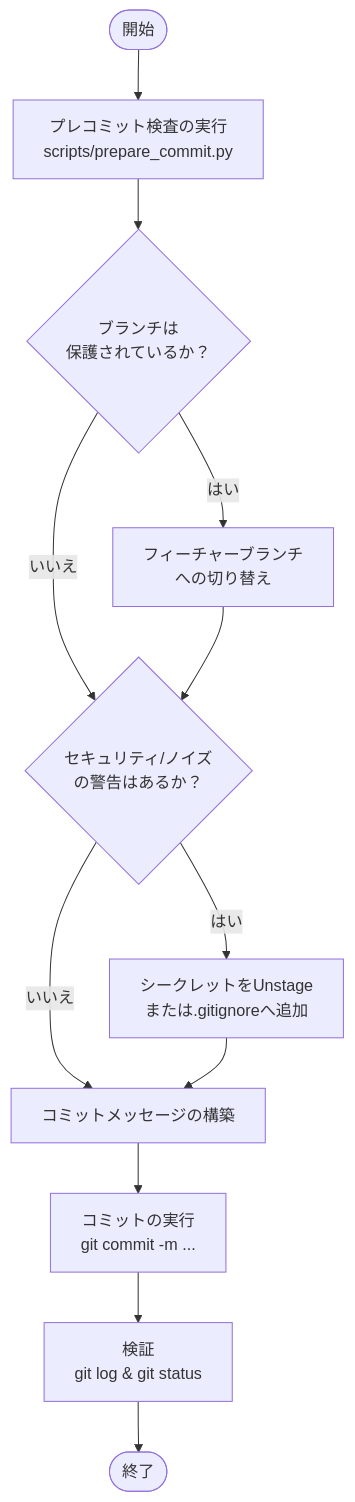
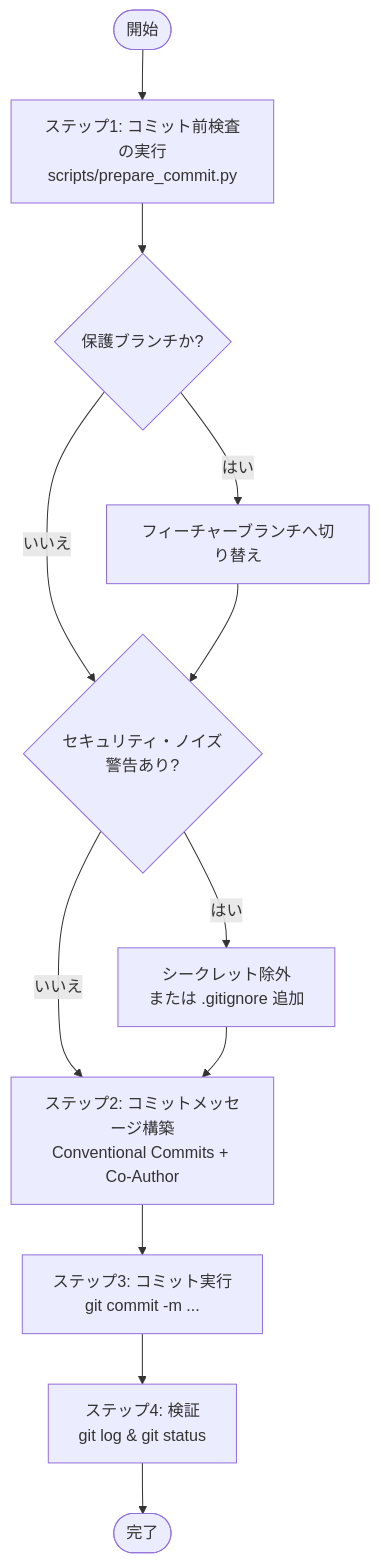
The diagram in plugins/swe-workflow/skills/committing-changes/README.ja.md (green-tea-stalk/swe-agent-skills), drawn with Mermaid before and after one commit. The commit also changed other lines of this file and 11 other files, not shown here.

````diff
--- a/plugins/swe-workflow/skills/committing-changes/README.ja.md
+++ b/plugins/swe-workflow/skills/committing-changes/README.ja.md
@@ -13,14 +53,14 @@
 ```mermaid
 graph TD
-    Start([開始]) --> Step1[プレコミット検査の実行<br>scripts/prepare_commit.py]
-    Step1 --> CheckSafety{ブランチは<br>保護されているか？}
-    CheckSafety -- はい --> HandleBranch[フィーチャーブランチ<br>への切り替え]
-    CheckSafety -- いいえ --> CheckSec{セキュリティ/ノイズ<br>の警告はあるか？}
+    Start([開始]) --> Step1[ステップ1: コミット前検査の実行<br>scripts/prepare_commit.py]
+    Step1 --> CheckSafety{保護ブランチか?}
+    CheckSafety -- はい --> HandleBranch[フィーチャーブランチへ切り替え]
+    CheckSafety -- いいえ --> CheckSec{セキュリティ・ノイズ<br>警告あり?}
     HandleBranch --> CheckSec
-    CheckSec -- はい --> Resolve[シークレットをUnstage<br>または.gitignoreへ追加]
-    CheckSec -- いいえ --> Step2[コミットメッセージの構築]
+    CheckSec -- はい --> Resolve[シークレット除外<br>または .gitignore 追加]
+    CheckSec -- いいえ --> Step2[ステップ2: コミットメッセージ構築<br>Conventional Commits + Co-Author]
     Resolve --> Step2
-    Step2 --> Step3[コミットの実行<br>git commit -m ...]
-    Step3 --> Step4[検証<br>git log & git status]
-    Step4 --> End([終了])
+    Step2 --> Step3[ステップ3: コミット実行<br>git commit -m ...]
+    Step3 --> Step4[ステップ4: 検証<br>git log & git status]
+    Step4 --> End([完了])
 ```
````
